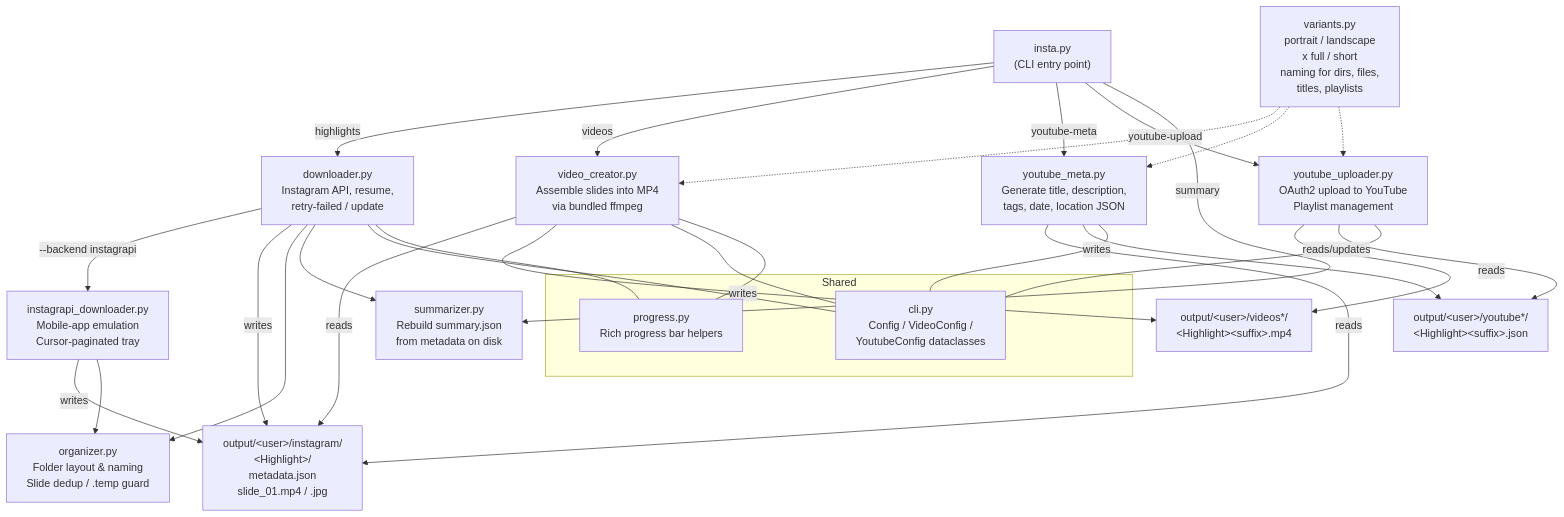
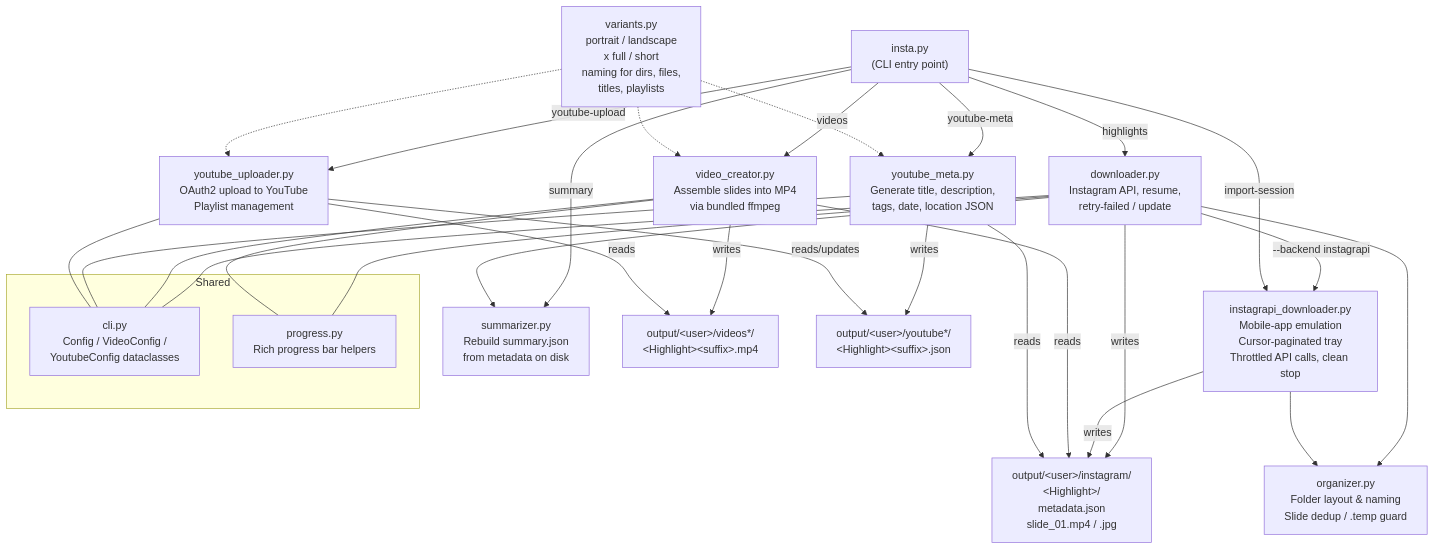
Before and after one commit to PavelJiranek/insta-loader: the diagram in README.md, drawn with Mermaid. The commit also changed other lines of this file and 2 other files, not shown here.

````diff
--- a/README.md
+++ b/README.md
@@ -318,44 +324,45 @@
 ```mermaid
 flowchart TD
     CLI["insta.py\n(CLI entry point)"]
 
     CLI -->|highlights| DL["downloader.py\nInstagram API, resume,\nretry-failed / update"]
     CLI -->|videos| VC["video_creator.py\nAssemble slides into MP4\nvia bundled ffmpeg"]
     CLI -->|youtube-meta| YM["youtube_meta.py\nGenerate title, description,\ntags, date, location JSON"]
     CLI -->|youtube-upload| YU["youtube_uploader.py\nOAuth2 upload to YouTube\nPlaylist management"]
     CLI -->|summary| SU["summarizer.py\nRebuild summary.json\nfrom metadata on disk"]
 
-    DL -->|--backend instagrapi| IG["instagrapi_downloader.py\nMobile-app emulation\nCursor-paginated tray"]
+    DL -->|--backend instagrapi| IG["instagrapi_downloader.py\nMobile-app emulation\nCursor-paginated tray\nThrottled API calls, clean stop"]
+    CLI -->|import-session| IG
 
     DL -->|writes| FS["output/&lt;user&gt;/instagram/\n&lt;Highlight&gt;/\n  metadata.json\n  slide_01.mp4 / .jpg"]
     IG -->|writes| FS
     DL --> OR["organizer.py\nFolder layout &amp; naming\nSlide dedup / .temp guard"]
     IG --> OR
     DL --> SU
 
     VA["variants.py\nportrait / landscape\nx full / short\nnaming for dirs, files,\ntitles, playlists"]
     VA -.-> VC
     VA -.-> YM
     VA -.-> YU
 
     VC -->|reads| FS
     VC -->|writes| VD["output/&lt;user&gt;/videos*/\n&lt;Highlight&gt;&lt;suffix&gt;.mp4"]
 
     YM -->|reads| FS
     YM -->|writes| YD["output/&lt;user&gt;/youtube*/\n&lt;Highlight&gt;&lt;suffix&gt;.json"]
 
     YU -->|reads| VD
     YU -->|reads/updates| YD
 
     subgraph Shared
         CL["cli.py\nConfig / VideoConfig /\nYoutubeConfig dataclasses"]
         PR["progress.py\nRich progress bar helpers"]
     end
 
     DL --- CL
     VC --- CL
     YM --- CL
     YU --- CL
     DL --- PR
     VC --- PR
 ```
````
